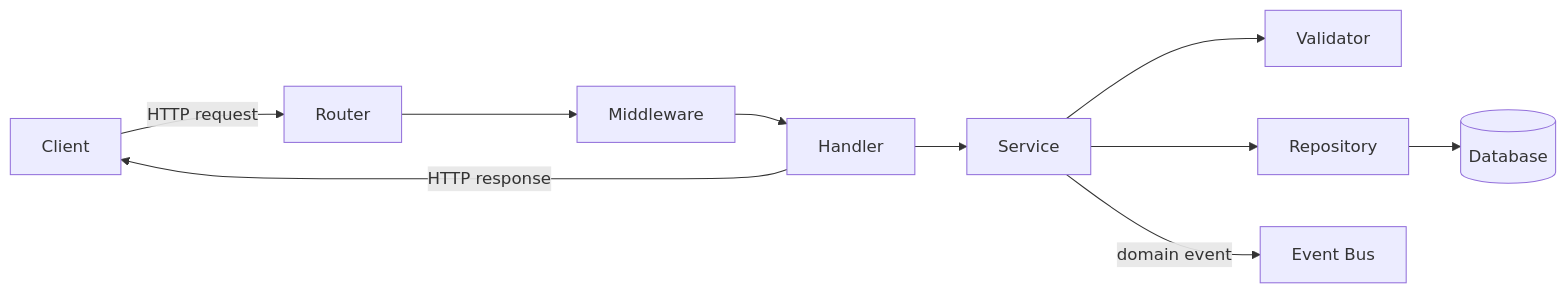
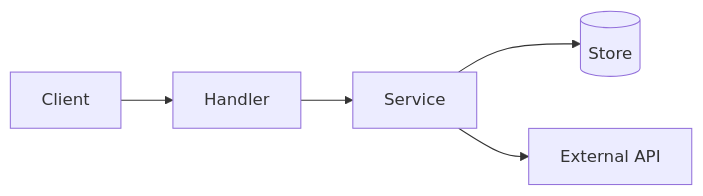
Before and after one commit to stefanrossmeier/ai-craftkit: the second of 6 diagrams in skills/mermaiddoc/examples/mermaiddoc-examples.md, drawn with Mermaid. The commit also changed other lines of this file and 23 other files, not shown here.

````diff
--- a/skills/mermaiddoc/examples/mermaiddoc-examples.md
+++ b/skills/mermaiddoc/examples/mermaiddoc-examples.md
@@ -91,12 +17,7 @@
 ```mermaid
 flowchart LR
-    Client[Client] -->|HTTP request| Router[Router]
-    Router --> Middleware[Middleware]
-    Middleware --> Handler[Handler]
+    Client[Client] --> Handler[Handler]
     Handler --> Service[Service]
-    Service --> Validator[Validator]
-    Service --> Repository[Repository]
-    Repository --> DB[(Database)]
-    Service -->|domain event| EventBus[Event Bus]
-    Handler -->|HTTP response| Client
+    Service --> Store[(Store)]
+    Service --> External[External API]
 ```
````
